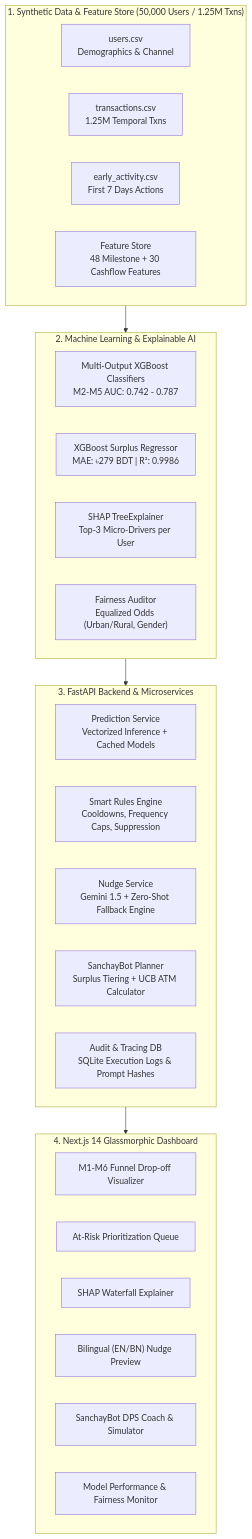
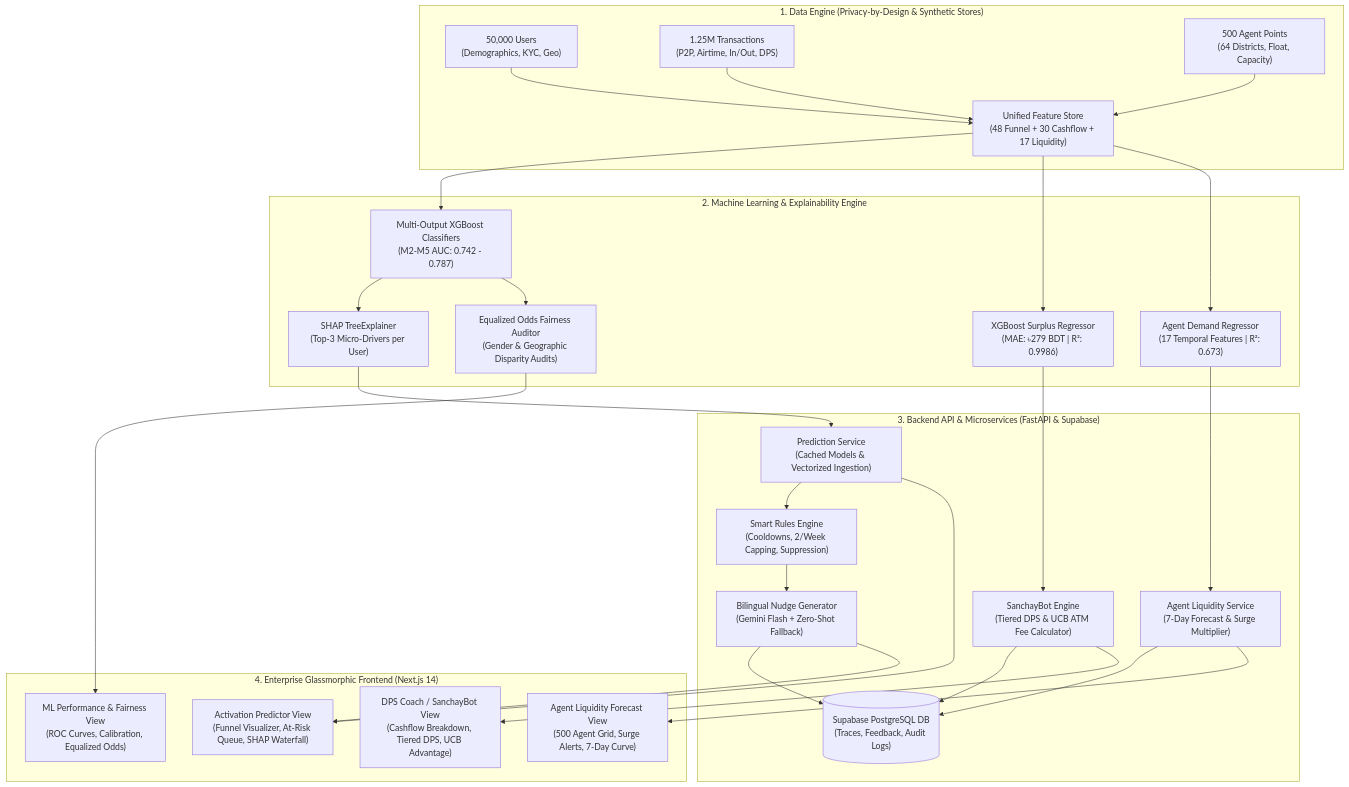
The second of 3 diagrams in README.md (JannatMollah/Upay-Hackathon), drawn with Mermaid before and after one commit. The commit also changed other lines of this file and 4 other files, not shown here.

````diff
--- a/README.md
+++ b/README.md
@@ -25,37 +112,54 @@
 ```mermaid
 flowchart TB
-    subgraph DataEngine["1. Synthetic Data & Feature Store (50,000 Users / 1.25M Txns)"]
-        Users["users.csv<br/>Demographics & Channel"]
-        Txns["transactions.csv<br/>1.25M Temporal Txns"]
-        Early["early_activity.csv<br/>First 7 Days Actions"]
-        Features["Feature Store<br/>48 Milestone + 30 Cashflow Features"]
+    subgraph Layer1["1. Data Engine (Privacy-by-Design & Synthetic Stores)"]
+        Users["50,000 Users<br/>(Demographics, KYC, Geo)"]
+        Txns["1.25M Transactions<br/>(P2P, Airtime, In/Out, DPS)"]
+        Agents["500 Agent Points<br/>(64 Districts, Float, Capacity)"]
+        FeatureStore["Unified Feature Store<br/>(48 Funnel + 30 Cashflow + 17 Liquidity)"]
+        Users --> FeatureStore
+        Txns --> FeatureStore
+        Agents --> FeatureStore
     end
 
-    subgraph MLEngine["2. Machine Learning & Explainable AI"]
-        XGB_Drop["Multi-Output XGBoost Classifiers<br/>M2-M5 AUC: 0.742 - 0.787"]
-        XGB_Surp["XGBoost Surplus Regressor<br/>MAE: ৳279 BDT | R²: 0.9986"]
-        SHAP["SHAP TreeExplainer<br/>Top-3 Micro-Drivers per User"]
-        Fairness["Fairness Auditor<br/>Equalized Odds (Urban/Rural, Gender)"]
+    subgraph Layer2["2. Machine Learning & Explainability Engine"]
+        XGB_Funnel["Multi-Output XGBoost Classifiers<br/>(M2-M5 AUC: 0.742 - 0.787)"]
+        SHAP_Engine["SHAP TreeExplainer<br/>(Top-3 Micro-Drivers per User)"]
+        XGB_Surplus["XGBoost Surplus Regressor<br/>(MAE: ৳279 BDT | R²: 0.9986)"]
+        XGB_Liquidity["Agent Demand Regressor<br/>(17 Temporal Features | R²: 0.673)"]
+        Fairness_Auditor["Equalized Odds Fairness Auditor<br/>(Gender & Geographic Disparity Audits)"]
+        FeatureStore --> XGB_Funnel
+        FeatureStore --> XGB_Surplus
+        FeatureStore --> XGB_Liquidity
+        XGB_Funnel --> SHAP_Engine
+        XGB_Funnel --> Fairness_Auditor
     end
 
-    subgraph BackendAPI["3. FastAPI Backend & Microservices"]
-        PredictSvc["Prediction Service<br/>Vectorized Inference + Cached Models"]
-        RulesEng["Smart Rules Engine<br/>Cooldowns, Frequency Caps, Suppression"]
-        NudgeSvc["Nudge Service<br/>Gemini 1.5 + Zero-Shot Fallback Engine"]
-        SavingsSvc["SanchayBot Planner<br/>Surplus Tiering + UCB ATM Calculator"]
-        TraceSvc["Audit & Tracing DB<br/>SQLite Execution Logs & Prompt Hashes"]
+    subgraph Layer3["3. Backend API & Microservices (FastAPI & Supabase)"]
+        PredictService["Prediction Service<br/>(Cached Models & Vectorized Ingestion)"]
+        RulesEngine["Smart Rules Engine<br/>(Cooldowns, 2/Week Capping, Suppression)"]
+        NudgeService["Bilingual Nudge Generator<br/>(Gemini Flash + Zero-Shot Fallback)"]
+        SavingsService["SanchayBot Engine<br/>(Tiered DPS & UCB ATM Fee Calculator)"]
+        LiquidityService["Agent Liquidity Service<br/>(7-Day Forecast & Surge Multiplier)"]
+        SupabaseDB[("Supabase PostgreSQL DB<br/>(Traces, Feedback, Audit Logs)")]
+        SHAP_Engine --> PredictService
+        XGB_Surplus --> SavingsService
+        XGB_Liquidity --> LiquidityService
+        PredictService --> RulesEngine
+        RulesEngine --> NudgeService
+        NudgeService --> SupabaseDB
+        SavingsService --> SupabaseDB
+        LiquidityService --> SupabaseDB
     end
 
-    subgraph FrontendApp["4. Next.js 14 Glassmorphic Dashboard"]
-        Funnel["M1-M6 Funnel Drop-off Visualizer"]
-        AtRisk["At-Risk Prioritization Queue"]
-        Waterfall["SHAP Waterfall Explainer"]
-        NudgeCard["Bilingual (EN/BN) Nudge Preview"]
-        Sanchay["SanchayBot DPS Coach & Simulator"]
-        ModelPerf["Model Performance & Fairness Monitor"]
+    subgraph Layer4["4. Enterprise Glassmorphic Frontend (Next.js 14)"]
+        DashActivation["Activation Predictor View<br/>(Funnel Visualizer, At-Risk Queue, SHAP Waterfall)"]
+        DashDPS["DPS Coach / SanchayBot View<br/>(Cashflow Breakdown, Tiered DPS, UCB Advantage)"]
+        DashLiquidity["Agent Liquidity Forecast View<br/>(500 Agent Grid, Surge Alerts, 7-Day Curve)"]
+        DashPerformance["ML Performance & Fairness View<br/>(ROC Curves, Calibration, Equalized Odds)"]
+        PredictService --> DashActivation
+        NudgeService --> DashActivation
+        SavingsService --> DashDPS
+        LiquidityService --> DashLiquidity
+        Fairness_Auditor --> DashPerformance
     end
-
-    DataEngine --> MLEngine
-    MLEngine --> BackendAPI
-    BackendAPI --> FrontendApp
 ```
````
